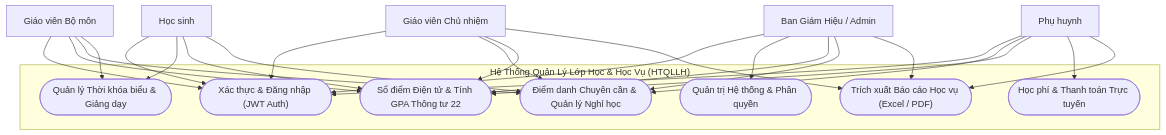
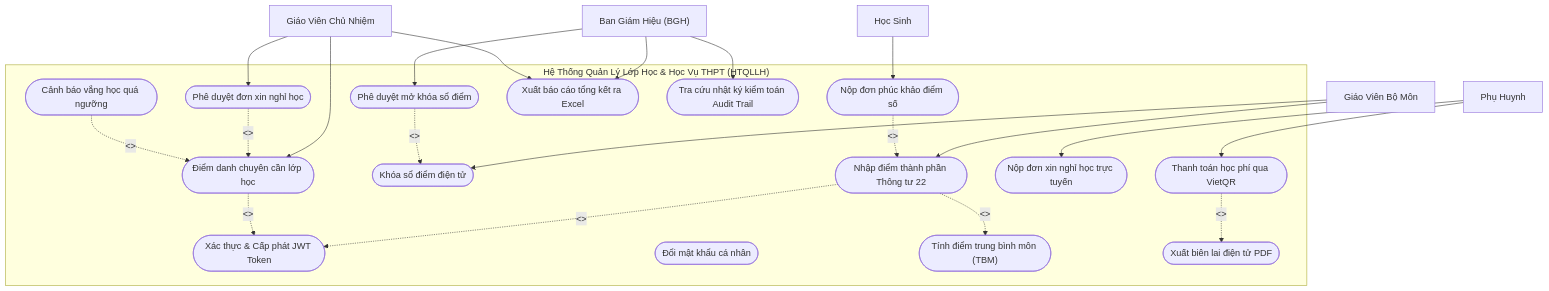
One commit to DYBInh2k5/Phat-Trien-Du-An-Phan-Mem changed the first of 9 diagrams in docs/UML_DIAGRAMS.md. Above: the diagram before and after it, drawn with Mermaid. The commit also changed other lines of this file and 3 other files, not shown here.

Commit message:
docs: chuan hoa tai lieu USE_CASES va UML_DIAGRAMS theo tieu chuan ky nghe phan mem RUP Cockburn va OMG UML 2.5

````diff
--- a/docs/UML_DIAGRAMS.md
+++ b/docs/UML_DIAGRAMS.md
@@ -33,39 +94,63 @@
 ```mermaid
 graph TB
-    subgraph SystemBoundary ["Hệ Thống Quản Lý Lớp Học & Học Vụ (HTQLLH)"]
-        UC_AUTH(["Xác thực & Đăng nhập (JWT Auth)"])
-        UC_SCHEDULE(["Quản lý Thời khóa biểu & Giảng dạy"])
-        UC_GRADE(["Sổ điểm Điện tử & Tính GPA Thông tư 22"])
-        UC_ATTEND(["Điểm danh Chuyên cần & Quản lý Nghỉ học"])
-        UC_TUITION(["Học phí & Thanh toán Trực tuyến"])
-        UC_REPORT(["Trích xuất Báo cáo Học vụ (Excel / PDF)"])
-        UC_ADMIN(["Quản trị Hệ thống & Phân quyền"])
+    subgraph SystemBoundary ["Hệ Thống Quản Lý Lớp Học & Học Vụ THPT (HTQLLH)"]
+        %% Core Auth
+        UC_AUTH(["Xác thực & Cấp phát JWT Token"])
+        UC_CHANGE_PASS(["Đổi mật khẩu cá nhân"])
+
+        %% Subsystem Học vụ
+        UC_INPUT_GRADE(["Nhập điểm thành phần Thông tư 22"])
+        UC_CALC_TBM(["Tính điểm trung bình môn (TBM)"])
+        UC_LOCK_GRADE(["Khóa sổ điểm điện tử"])
+        UC_UNLOCK_GRADE(["Phê duyệt mở khóa sổ điểm"])
+        UC_APPEAL_GRADE(["Nộp đơn phúc khảo điểm số"])
+
+        %% Subsystem Chuyên cần
+        UC_ATTEND_DAILY(["Điểm danh chuyên cần lớp học"])
+        UC_SUBMIT_LEAVE(["Nộp đơn xin nghỉ học trực tuyến"])
+        UC_APPROVE_LEAVE(["Phê duyệt đơn xin nghỉ học"])
+        UC_WARN_ATTEND(["Cảnh báo vắng học quá ngưỡng"])
+
+        %% Subsystem Tài chính & Báo cáo
+        UC_PAY_TUITION(["Thanh toán học phí qua VietQR"])
+        UC_EXPORT_PDF(["Xuất biên lai điện tử PDF"])
+        UC_EXPORT_EXCEL(["Xuất báo cáo tổng kết ra Excel"])
+        UC_AUDIT_LOG(["Tra cứu nhật ký kiểm toán Audit Trail"])
     end
 
-    Admin["Ban Giám Hiệu / Admin"] --> UC_AUTH
-    Admin --> UC_ADMIN
-    Admin --> UC_GRADE
-    Admin --> UC_ATTEND
-    Admin --> UC_REPORT
+    %% Actors
+    Admin["Ban Giám Hiệu (BGH)"]
+    GVCN["Giáo Viên Chủ Nhiệm"]
+    GVBM["Giáo Viên Bộ Môn"]
+    Parent["Phụ Huynh"]
+    Student["Học Sinh"]
 
-    GVCN["Giáo viên Chủ nhiệm"] --> UC_AUTH
-    GVCN --> UC_ATTEND
-    GVCN --> UC_GRADE
-    GVCN --> UC_REPORT
+    %% Actor Connections
+    Admin --> UC_UNLOCK_GRADE
+    Admin --> UC_AUDIT_LOG
+    Admin --> UC_EXPORT_EXCEL
 
-    GVBM["Giáo viên Bộ môn"] --> UC_AUTH
-    GVBM --> UC_GRADE
-    GVBM --> UC_ATTEND
-    GVBM --> UC_SCHEDULE
+    GVBM --> UC_INPUT_GRADE
+    GVBM --> UC_LOCK_GRADE
 
-    Student["Học sinh"] --> UC_AUTH
-    Student --> UC_SCHEDULE
-    Student --> UC_GRADE
-    Student --> UC_ATTEND
+    GVCN --> UC_ATTEND_DAILY
+    GVCN --> UC_APPROVE_LEAVE
+    GVCN --> UC_EXPORT_EXCEL
 
-    Parent["Phụ huynh"] --> UC_AUTH
-    Parent --> UC_ATTEND
-    Parent --> UC_GRADE
-    Parent --> UC_TUITION
-    Parent --> UC_REPORT
+    Student --> UC_APPEAL_GRADE
+
+    Parent --> UC_SUBMIT_LEAVE
+    Parent --> UC_PAY_TUITION
+
+    %% Include Relationships
+    UC_INPUT_GRADE -. "<<include>>" .-> UC_AUTH
+    UC_INPUT_GRADE -. "<<include>>" .-> UC_CALC_TBM
+    UC_ATTEND_DAILY -. "<<include>>" .-> UC_AUTH
+    UC_PAY_TUITION -. "<<include>>" .-> UC_EXPORT_PDF
+    UC_APPROVE_LEAVE -. "<<include>>" .-> UC_ATTEND_DAILY
+
+    %% Extend Relationships
+    UC_APPEAL_GRADE -. "<<extend>>" .-> UC_INPUT_GRADE
+    UC_UNLOCK_GRADE -. "<<extend>>" .-> UC_LOCK_GRADE
+    UC_WARN_ATTEND -. "<<extend>>" .-> UC_ATTEND_DAILY
 ```
````
